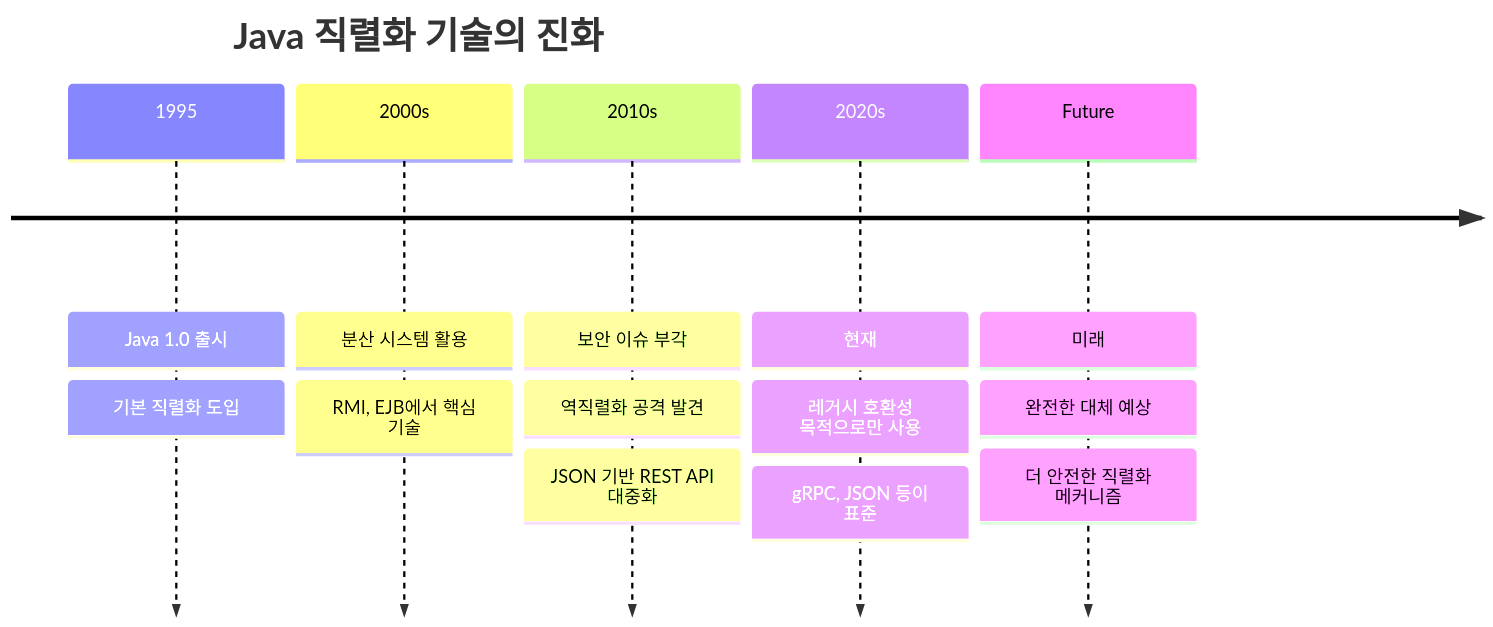
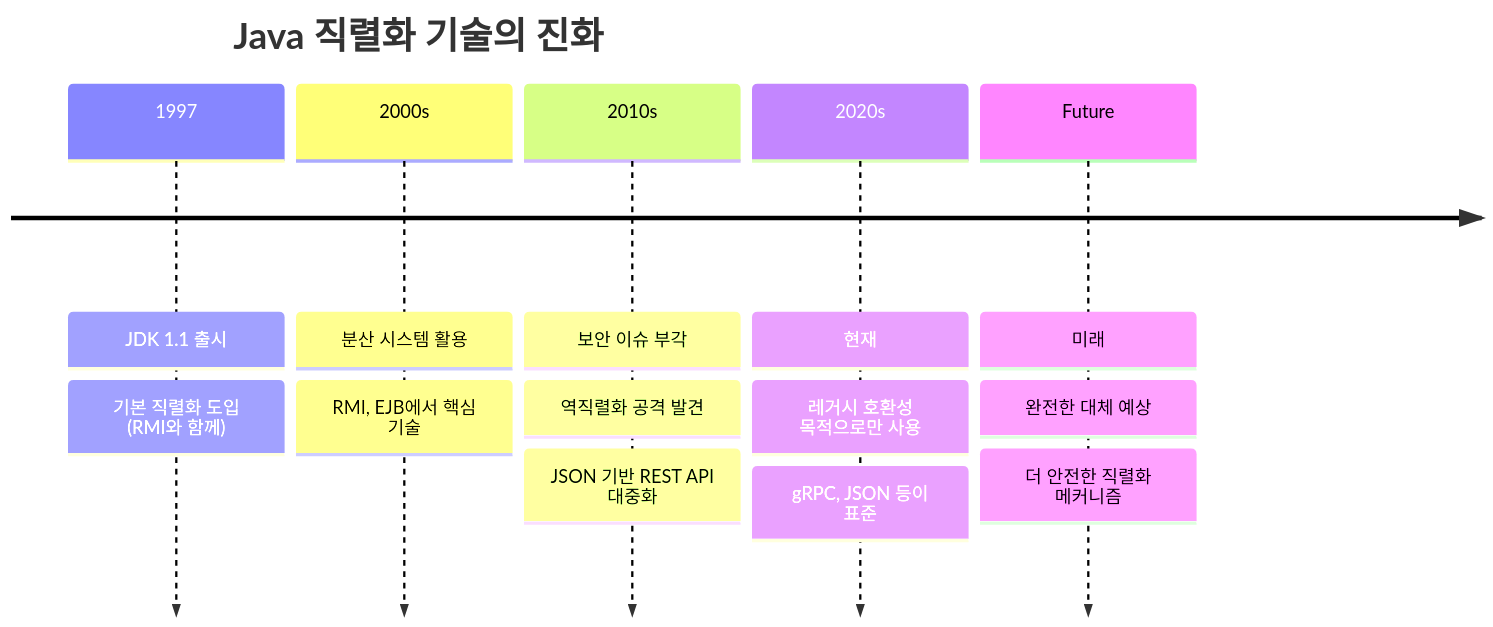
One commit to hongmoSung/hongmoSung.github.io changed the eighth of 8 diagrams in _posts/java/2025-07-12-serializable.md. Above: the diagram before and after it, drawn with Mermaid. The commit also changed other lines of this file and 32 other files, not shown here.

````diff
--- a/_posts/java/2025-07-12-serializable.md
+++ b/_posts/java/2025-07-12-serializable.md
@@ -677,22 +677,22 @@
 ```mermaid
 timeline
     title Java 직렬화 기술의 진화
     
-    1995 : Java 1.0 출시
-         : 기본 직렬화 도입
+    1997 : JDK 1.1 출시
+         : 기본 직렬화 도입 (RMI와 함께)
          
     2000s : 분산 시스템 활용
           : RMI, EJB에서 핵심 기술
           
     2010s : 보안 이슈 부각
           : 역직렬화 공격 발견
           : JSON 기반 REST API 대중화
           
     2020s : 현재
           : 레거시 호환성 목적으로만 사용
           : gRPC, JSON 등이 표준
           
     Future : 미래
            : 완전한 대체 예상
            : 더 안전한 직렬화 메커니즘
 ```
````
